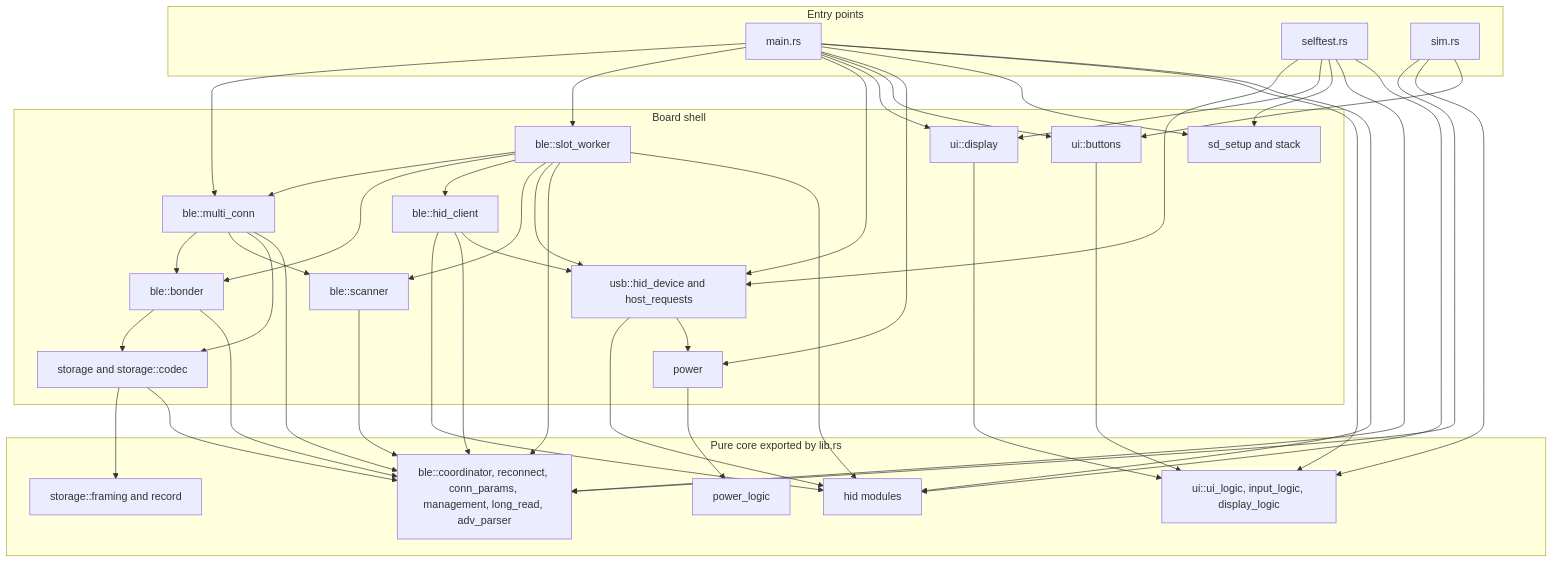
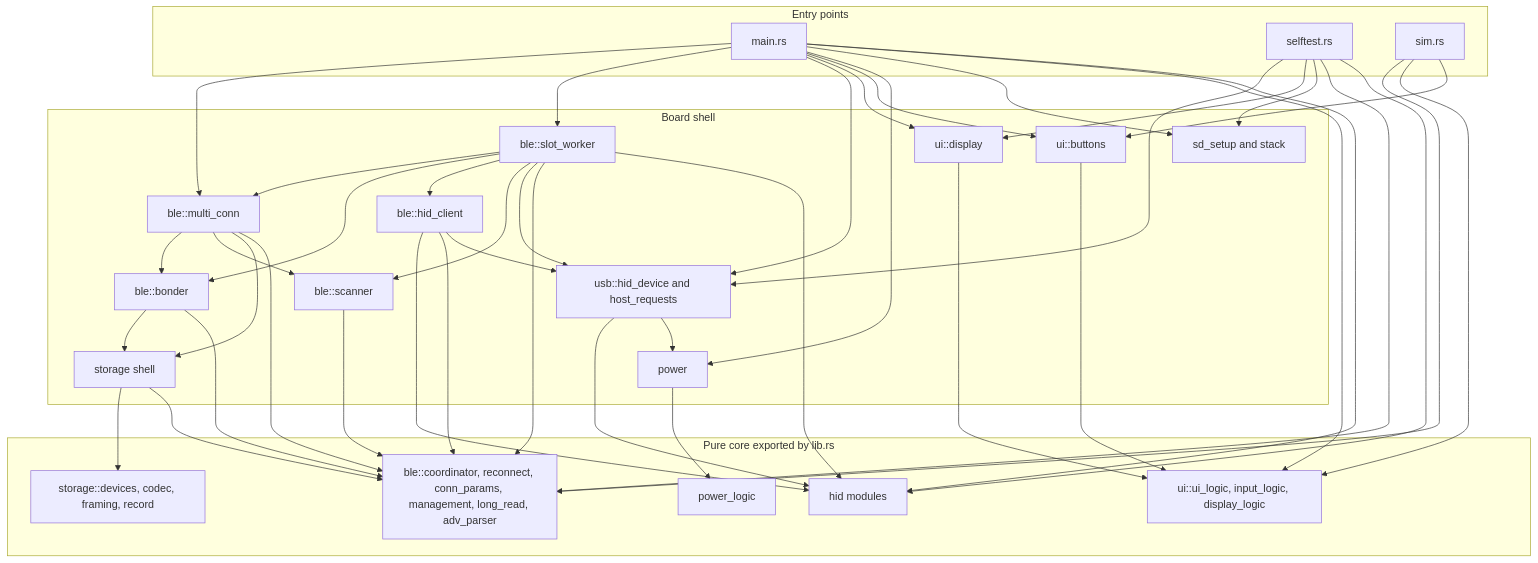
One commit to chefzaid/bt2usb changed the second of 10 diagrams in docs/architecture.md. Above: the diagram before and after it, drawn with Mermaid. The commit also changed other lines of this file and 18 other files, not shown here.

````diff
--- a/docs/architecture.md
+++ b/docs/architecture.md
@@ -118,41 +121,41 @@
 ```mermaid
 flowchart TD
     subgraph entry [Entry points]
         MAIN["main.rs"]
         SELF["selftest.rs"]
         SIM["sim.rs"]
     end
     subgraph shell [Board shell]
         MC["ble::multi_conn"]
         SW["ble::slot_worker"]
         BND["ble::bonder"]
         HC["ble::hid_client"]
         SC["ble::scanner"]
-        ST["storage and storage::codec"]
+        ST["storage shell"]
         USB["usb::hid_device and host_requests"]
         PWR["power"]
         DSP["ui::display"]
         BTN["ui::buttons"]
         SDS["sd_setup and stack"]
     end
     subgraph core [Pure core exported by lib.rs]
         BC["ble::coordinator, reconnect, conn_params, management, long_read, adv_parser"]
         HID["hid modules"]
         UIL["ui::ui_logic, input_logic, display_logic"]
         PL["power_logic"]
-        SF["storage::framing and record"]
+        SF["storage::devices, codec, framing, record"]
     end
     MAIN --> MC & SW & USB & DSP & BTN & PWR & SDS & UIL & HID
     SELF --> USB & DSP & SDS & BC & HID
     SIM --> BC & UIL & BTN
     MC --> BND & SC & ST & BC
     SW --> MC & BND & HC & SC & USB & BC & HID
     BND --> ST & BC
     HC --> HID & BC & USB
     SC --> BC
     ST --> SF & BC
     USB --> HID & PWR
     PWR --> PL
     DSP --> UIL
     BTN --> UIL
 ```
````
